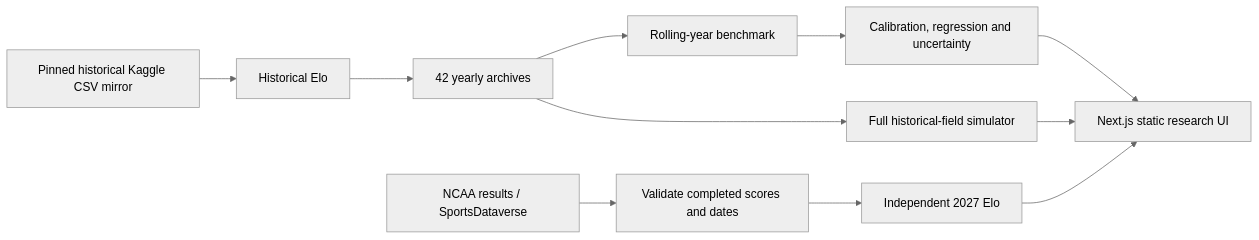
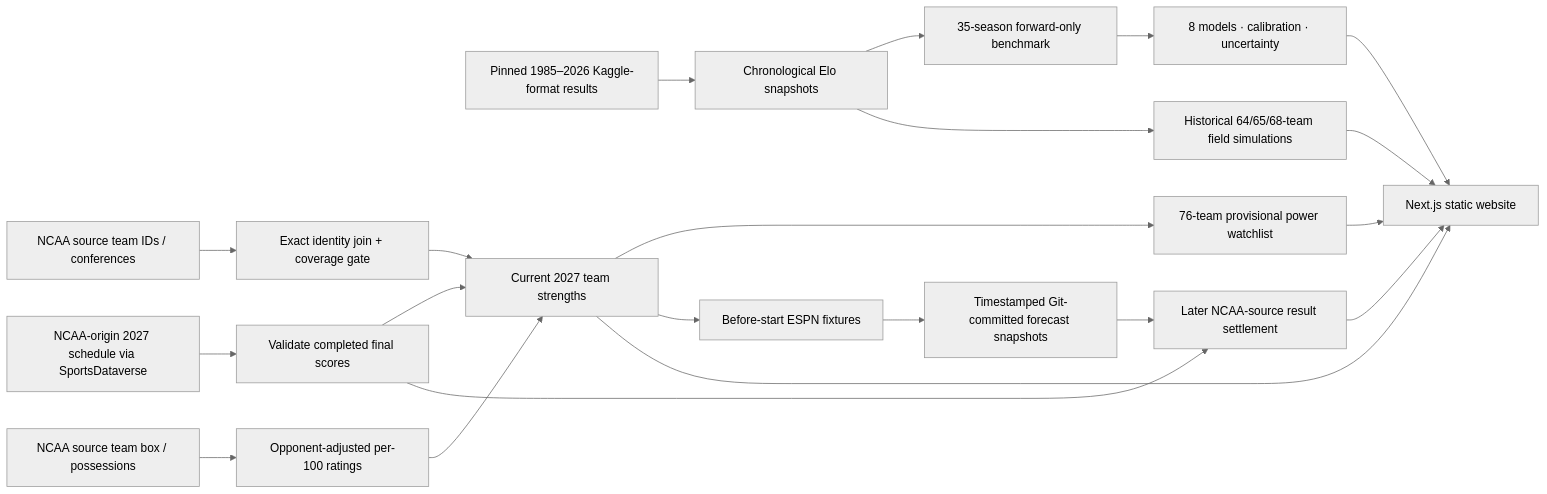
One commit to dokeefe414/March-Madness-Forecasting changed the diagram in README.md. Above: the diagram before and after it, drawn with Mermaid (neutral theme). The commit also changed other lines of this file, not shown here.

Commit message:
Rewrite root README for v0.6 with verified 2027 sources, all eight model results, audit workflows, diagrams and complete docs index

````diff
--- a/README.md
+++ b/README.md
@@ -43,13 +66,23 @@
 ```mermaid
 flowchart LR
-  A["Pinned historical Kaggle CSV mirror"] --> B["Historical Elo"]
-  B --> C["42 yearly archives"]
-  C --> D["Rolling-year benchmark"]
-  D --> E["Calibration, regression and uncertainty"]
-  C --> F["Full historical-field simulator"]
-  G["NCAA results / SportsDataverse"] --> H["Validate completed scores and dates"]
-  H --> I["Independent 2027 Elo"]
-  E --> J["Next.js static research UI"]
-  F --> J
-  I --> J
+  A["Pinned 1985–2026 Kaggle-format results"] --> B["Chronological Elo snapshots"]
+  B --> C["35-season forward-only benchmark"]
+  C --> D["8 models · calibration · uncertainty"]
+  B --> E["Historical 64/65/68-team field simulations"]
+  F["NCAA-origin 2027 schedule via SportsDataverse"] --> G["Validate completed final scores"]
+  H["NCAA source team IDs / conferences"] --> I["Exact identity join + coverage gate"]
+  J["NCAA source team box / possessions"] --> K["Opponent-adjusted per-100 ratings"]
+  G --> L["Current 2027 team strengths"]
+  I --> L
+  K --> L
+  L --> M["76-team provisional power watchlist"]
+  L --> N["Before-start ESPN fixtures"]
+  N --> O["Timestamped Git-committed forecast snapshots"]
+  G --> P["Later NCAA-source result settlement"]
+  O --> P
+  D --> Q["Next.js static website"]
+  E --> Q
+  L --> Q
+  M --> Q
+  P --> Q
 ```
````
